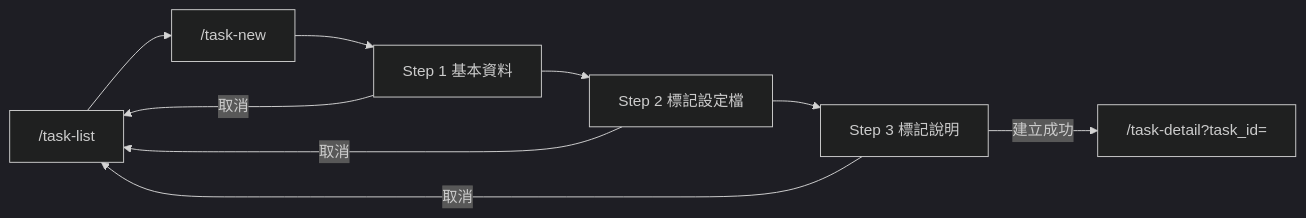
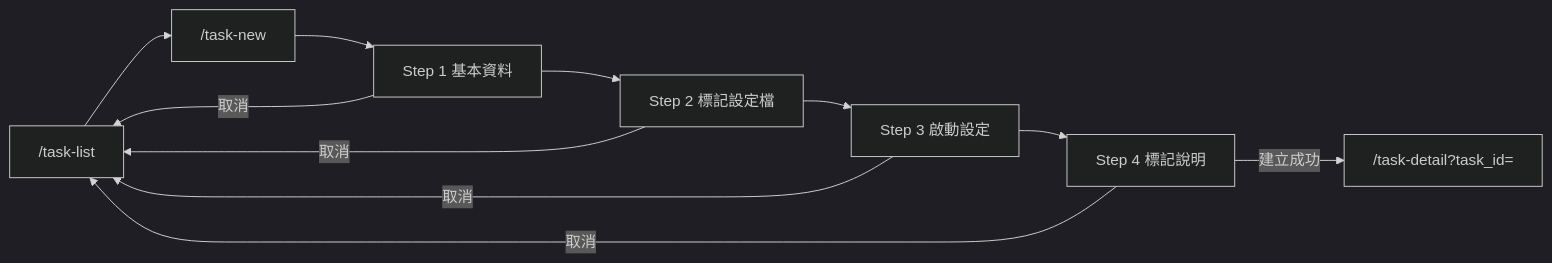
The second of 2 diagrams in specs/task-management/013-task-new/spec.md (singyichen/label-suite), drawn with Mermaid (dark theme) before and after one commit. The commit also changed other lines of this file and 2 other files, not shown here.

Commit message:
task-management: sync task-new/task-detail startup settings and wording

````diff
--- a/specs/task-management/013-task-new/spec.md
+++ b/specs/task-management/013-task-new/spec.md
@@ -239,11 +290,13 @@
 ```mermaid
 flowchart LR
     tasklist["/task-list"] --> tasknew["/task-new"]
     tasknew --> step1["Step 1 基本資料"]
     step1 --> step2["Step 2 標記設定檔"]
-    step2 --> step3["Step 3 標記說明"]
-    step3 -->|建立成功| taskdetail["/task-detail?task_id="]
+    step2 --> step3["Step 3 啟動設定"]
+    step3 --> step4["Step 4 標記說明"]
+    step4 -->|建立成功| taskdetail["/task-detail?task_id="]
     step1 -->|取消| tasklist
     step2 -->|取消| tasklist
     step3 -->|取消| tasklist
+    step4 -->|取消| tasklist
 ```
````
